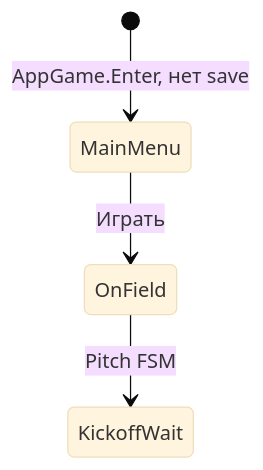
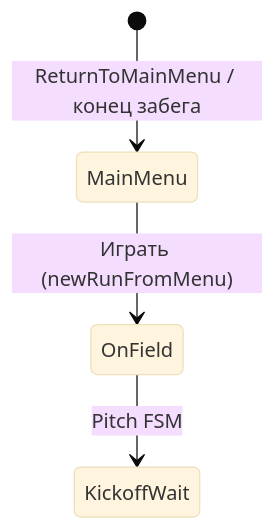
One commit to DeployChef/Futboloid changed the third of 4 diagrams in Wiki/FutboloidWiki/Архитектура/Машины состояний.md. Above: the diagram before and after it, drawn with Mermaid (base theme). The commit also changed other lines of this file and 41 other files, not shown here.

````diff
--- a/Wiki/FutboloidWiki/Архитектура/Машины состояний.md
+++ b/Wiki/FutboloidWiki/Архитектура/Машины состояний.md
@@ -101,6 +117,6 @@
 ```mermaid
 stateDiagram-v2
-    [*] --> MainMenu: AppGame.Enter, нет save
-    MainMenu --> OnField: Играть
+    [*] --> MainMenu: ReturnToMainMenu / конец забега
+    MainMenu --> OnField: Играть (newRunFromMenu)
     OnField --> KickoffWait: Pitch FSM
 ```
````
